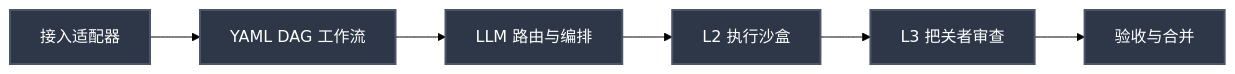
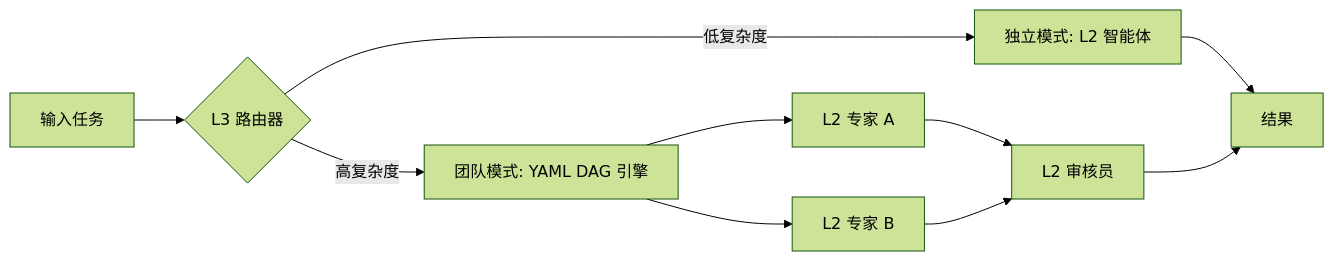
Before and after one commit to moyage/team-agents-cowork: the second of 2 diagrams in README_zh-CN.md, drawn with Mermaid (forest theme). The commit also changed other lines of this file and 40 other files, not shown here.

````diff
--- a/README_zh-CN.md
+++ b/README_zh-CN.md
@@ -128,11 +38,12 @@
 ```mermaid
-graph LR
-    A[接入适配器] --> B[YAML DAG 工作流]
-    B --> C[LLM 路由与编排]
-    C --> D[L2 执行沙盒]
-    D --> E[L3 把关者审查]
-    E --> F[验收与合并]
-
-    classDef stage fill:#2D3748,stroke:#4A5568,stroke-width:2px,color:#fff;
-    class A,B,C,D,E,F stage;
+flowchart LR
+    Task[输入任务] --> Router{L3 路由器}
+    Router -- 低复杂度 --> Solo[独立模式: L2 智能体]
+    Router -- 高复杂度 --> Team[团队模式: YAML DAG 引擎]
+    Solo --> Output[结果]
+    Team --> NodeA[L2 专家 A]
+    Team --> NodeB[L2 专家 B]
+    NodeA --> NodeC[L2 审核员]
+    NodeB --> NodeC
+    NodeC --> Output
 ```
````
